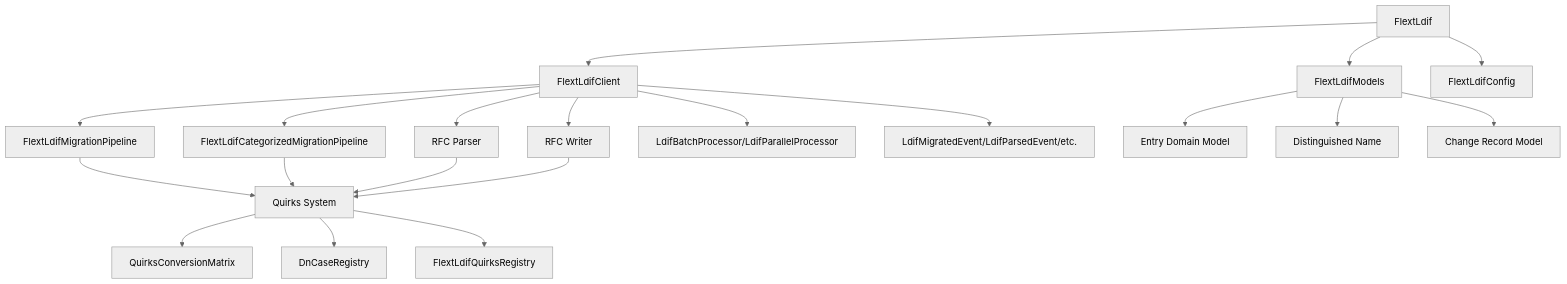
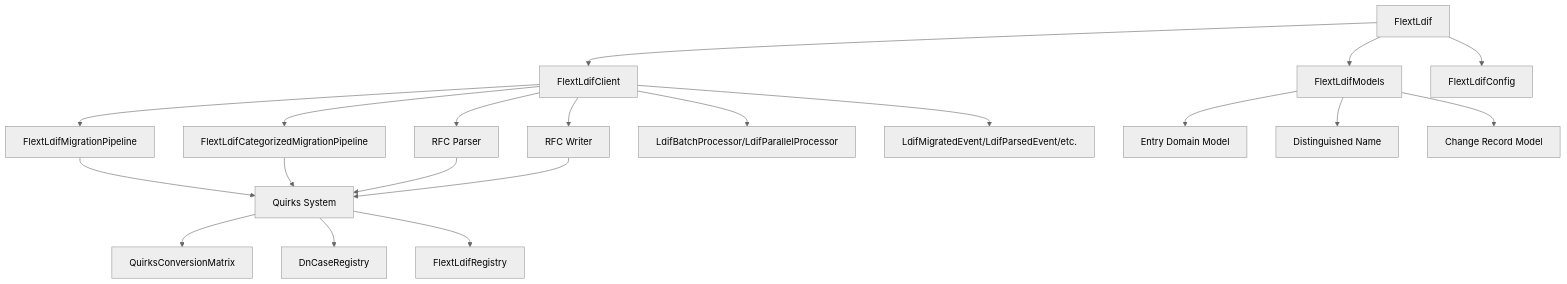
One commit to flext-sh/flext-ldif changed the diagram in README.md. Above: the diagram before and after it, drawn with Mermaid (neutral theme). The commit also changed other lines of this file and 165 other files, not shown here.

````diff
--- a/README.md
+++ b/README.md
@@ -541,26 +542,26 @@
 ```mermaid
 graph TB
     API[FlextLdif] --> Client[FlextLdifClient]
     API --> Models[FlextLdifModels]
     API --> Config[FlextLdifConfig]
 
     Client --> Parser[RFC Parser]
     Client --> Writer[RFC Writer]
     Client --> Migration[FlextLdifMigrationPipeline]
     Client --> Categorized[FlextLdifCategorizedMigrationPipeline]
     Client --> Processors[LdifBatchProcessor/LdifParallelProcessor]
     Client --> Events[LdifMigratedEvent/LdifParsedEvent/etc.]
 
     Migration --> Quirks[Quirks System]
     Categorized --> Quirks
     Parser --> Quirks
     Writer --> Quirks
 
     Quirks --> ConversionMatrix[QuirksConversionMatrix]
     Quirks --> DnCaseRegistry[DnCaseRegistry]
-    Quirks --> Registry[FlextLdifQuirksRegistry]
+    Quirks --> Registry[FlextLdifRegistry]
 
     Models --> Entry[Entry Domain Model]
     Models --> DN[Distinguished Name]
     Models --> ChangeRecord[Change Record Model]
 ```
````
